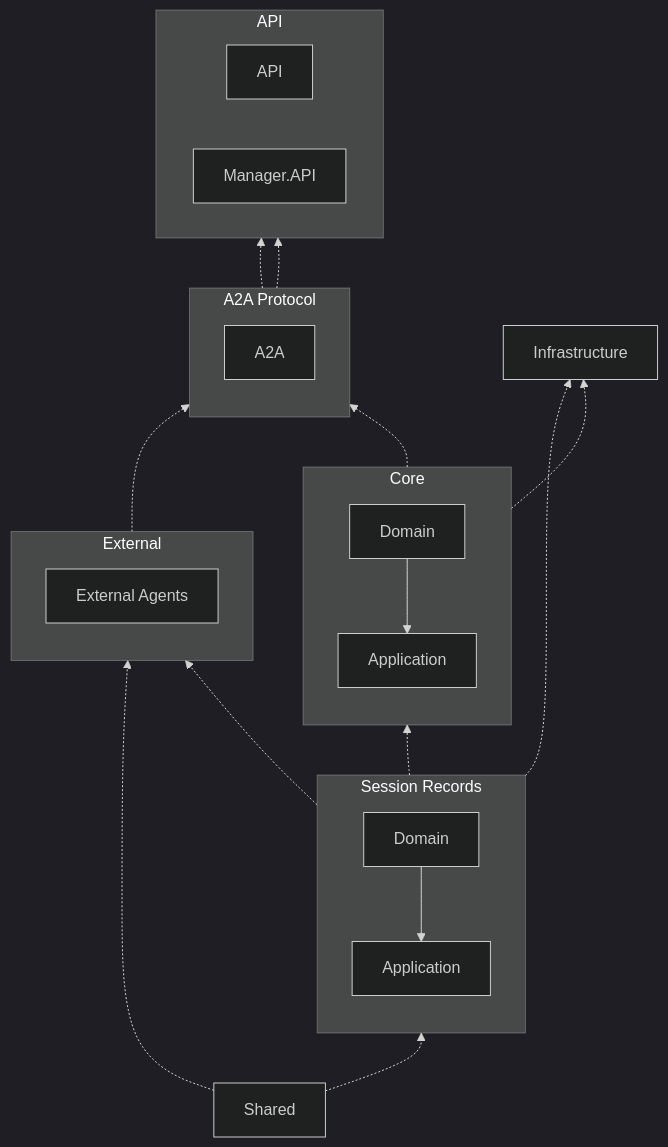
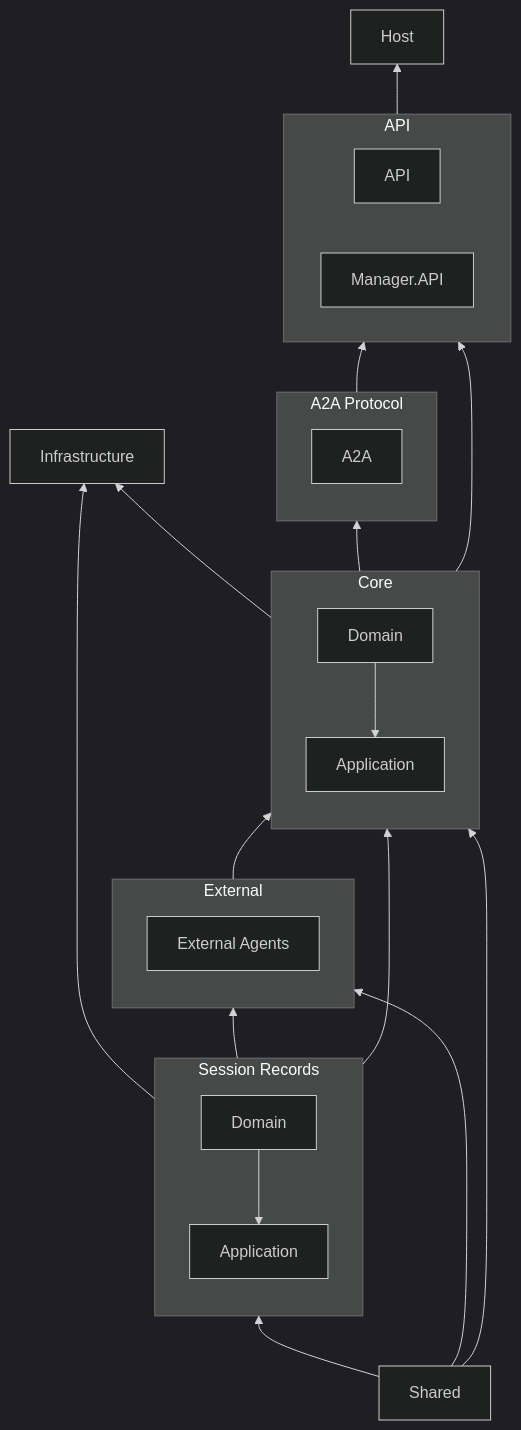
One commit to zxyao145/agw changed the diagram in src/backend/README.md. Above: the diagram before and after it, drawn with Mermaid (dark theme). The commit also changed 2 other files, not shown here.

Commit message:
extrenal support ClaudeCode

````diff
--- a/src/backend/README.md
+++ b/src/backend/README.md
@@ -5,67 +5,70 @@
 ```mermaid
 flowchart BT
 
-%% ========= Nodes (shared foundations) =========
+%% ========= Foundations =========
 infra[Infrastructure]
 shared[Shared]
+host[Host]
 
 %% ========= API Layer =========
 subgraph API["API"]
   direction LR
   api[API]
   mgr[Manager.API]
 end
 
-%% ========= A2A Gateway =========
+%% ========= A2A Protocol =========
 subgraph A2ABox["A2A Protocol"]
   direction TB
   a2a[A2A]
 end
 
 %% ========= Core =========
 subgraph Core["Core"]
   direction TB
-  dom[Domain]
-  app[Application]
-  dom --> app
+  coreDom[Domain]
+  coreApp[Application]
+  coreDom --> coreApp
 end
 
 %% ========= External =========
 subgraph External["External"]
   direction TB
   extAgents[External Agents]
 end
 
 %% ========= Session Records =========
 subgraph SessionRecords["Session Records"]
   direction TB
   sessDom[Domain]
   sessApp[Application]
   sessDom --> sessApp
 end
 
 %% ========= Relationships =========
 
-%% A2A talks to API (integration / boundary dependency)
-a2a -.-> api
-a2a -.-> mgr
+%% --- Protocol / Integration ---
+A2ABox --> API
+coreApp --> A2ABox
 
-%% Core uses A2A
-app -.-> a2a
+%% --- API Usage ---
+coreApp --> API
+extAgents --> coreApp
 
-%% External agents connect via A2A
-extAgents -.-> a2a
+%% --- Infrastructure ---
+coreApp --> infra
+sessApp --> infra
 
-%% Infrastructure dependencies
-app -.-> infra
-sessApp -.-> infra
+%% --- Shared ---
+shared --> Core
+shared --> SessionRecords
+shared --> External
 
-%% Shared components reused by modules
-shared -.-> SessionRecords
-shared -.-> External
+%% --- Session support ---
+sessApp --> coreApp
+sessApp --> extAgents
 
-%% SessionRecords supports Core and External
-SessionRecords -.-> Core
-SessionRecords -.-> External
+%% --- Host ---
+API --> host
 
 ```
````
